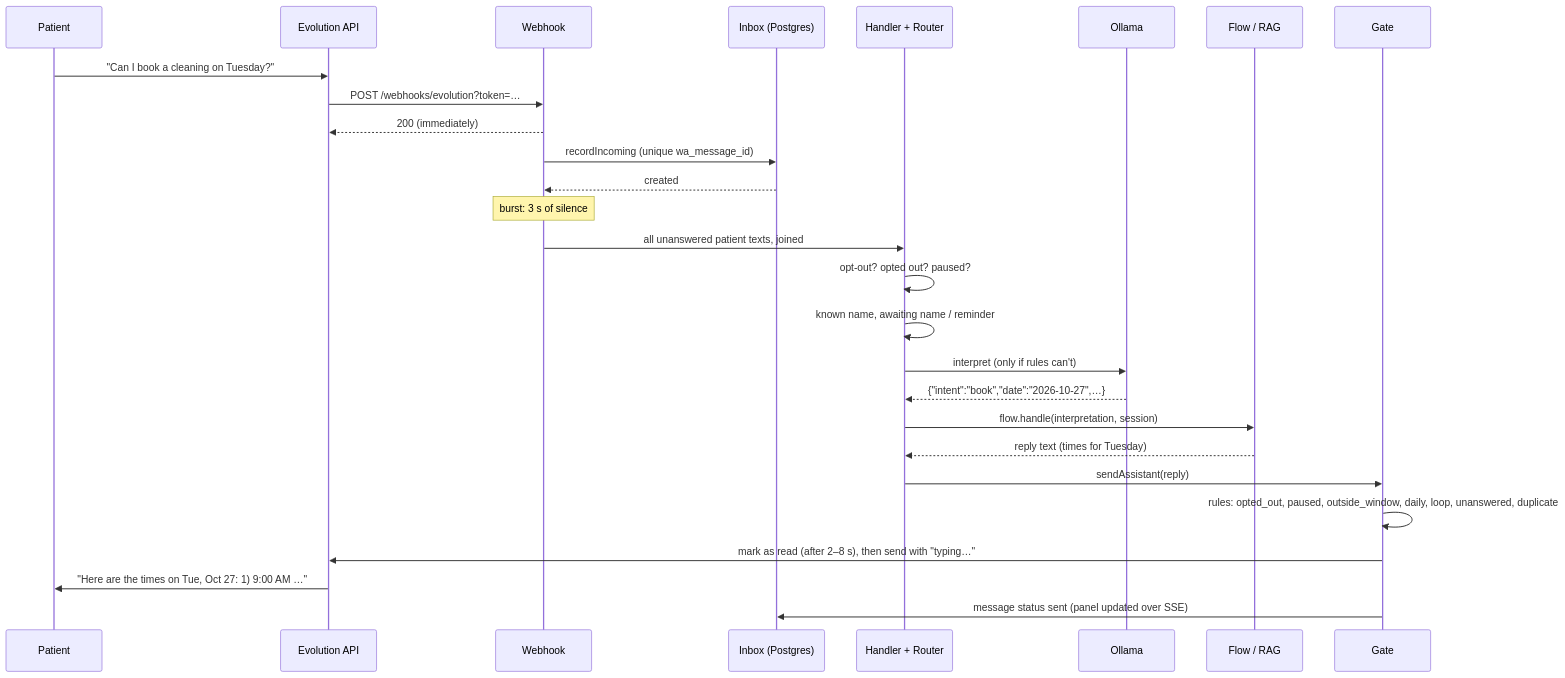
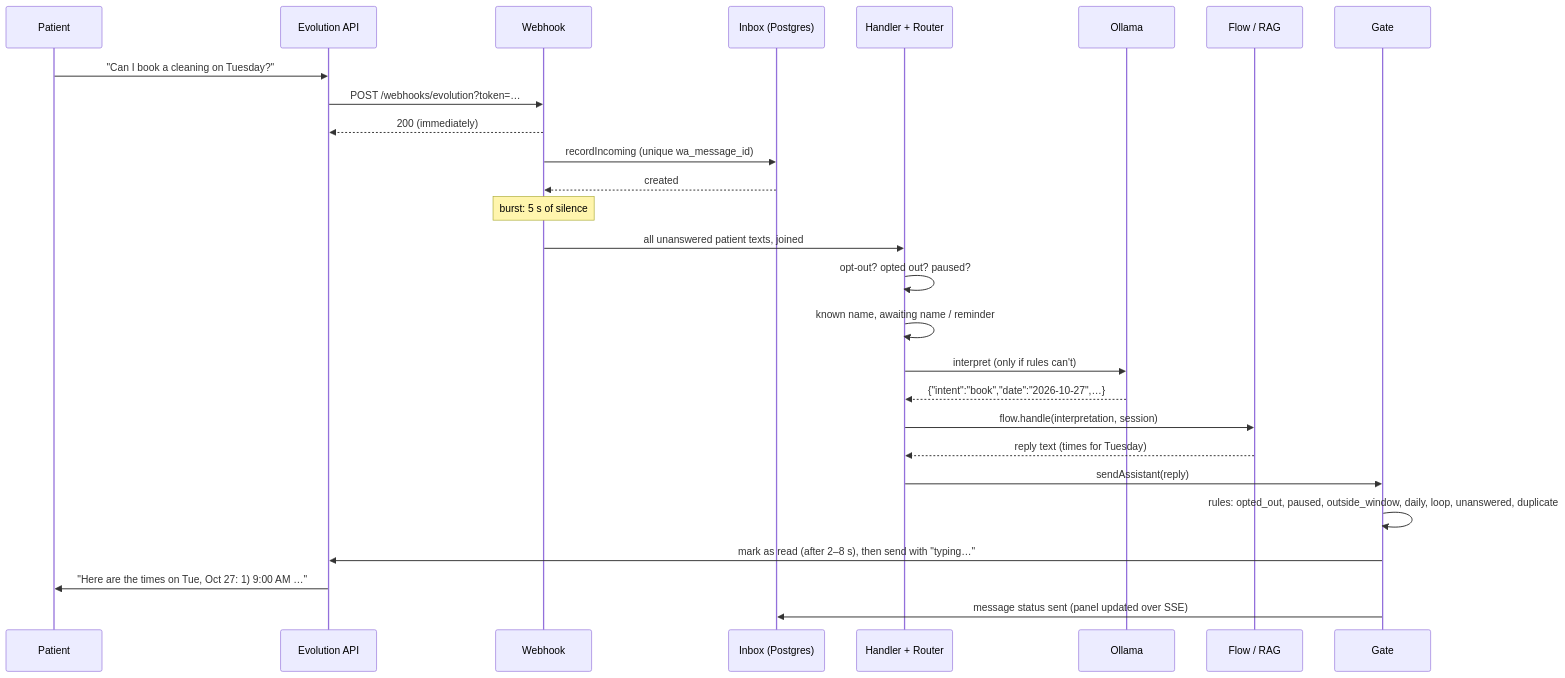
Before and after one commit to devfilip1/Secretaryfy: the first of 2 diagrams in docs/message-pipeline.md, drawn with Mermaid. The commit also changed other lines of this file and 4 other files, not shown here.

````diff
--- a/docs/message-pipeline.md
+++ b/docs/message-pipeline.md
@@ -21,29 +21,29 @@
 ```mermaid
 sequenceDiagram
   participant P as Patient
   participant E as Evolution API
   participant W as Webhook
   participant I as Inbox (Postgres)
   participant H as Handler + Router
   participant O as Ollama
   participant F as Flow / RAG
   participant G as Gate
   P->>E: "Can I book a cleaning on Tuesday?"
   E->>W: POST /webhooks/evolution?token=…
   W-->>E: 200 (immediately)
   W->>I: recordIncoming (unique wa_message_id)
   I-->>W: created
-  Note over W: burst: 3 s of silence
+  Note over W: burst: 5 s of silence
   W->>H: all unanswered patient texts, joined
   H->>H: opt-out? opted out? paused?
   H->>H: known name, awaiting name / reminder
   H->>O: interpret (only if rules can't)
   O-->>H: {"intent":"book","date":"2026-10-27",…}
   H->>F: flow.handle(interpretation, session)
   F-->>H: reply text (times for Tuesday)
   H->>G: sendAssistant(reply)
   G->>G: rules: opted_out, paused, outside_window, daily, loop, unanswered, duplicate
   G->>E: mark as read (after 2–8 s), then send with "typing…"
   E->>P: "Here are the times on Tue, Oct 27: 1) 9:00 AM …"
   G->>I: message status sent (panel updated over SSE)
 ```
````
